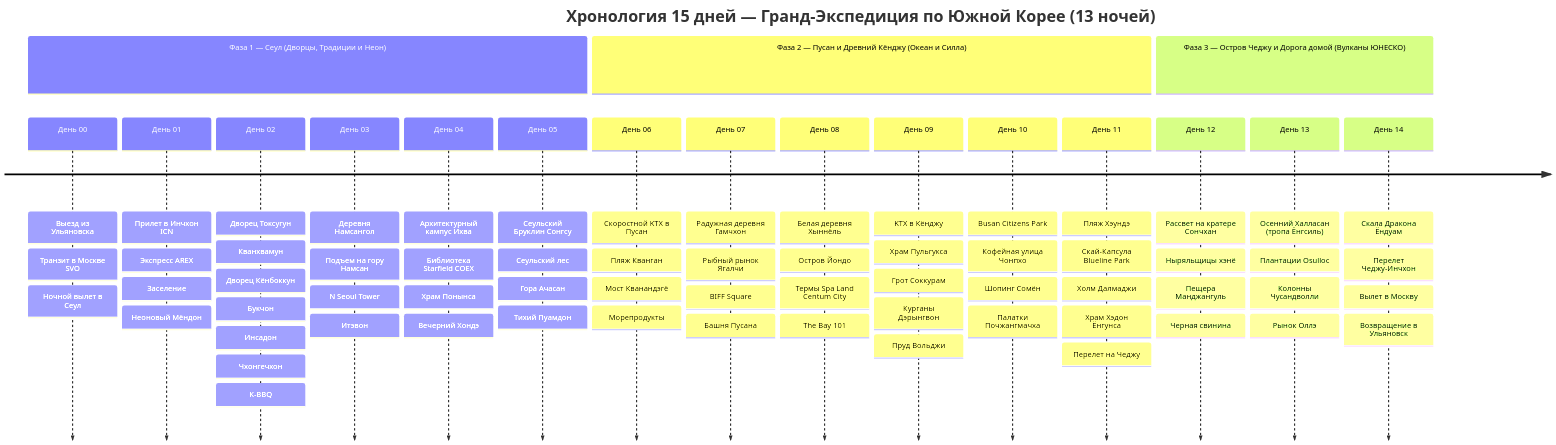
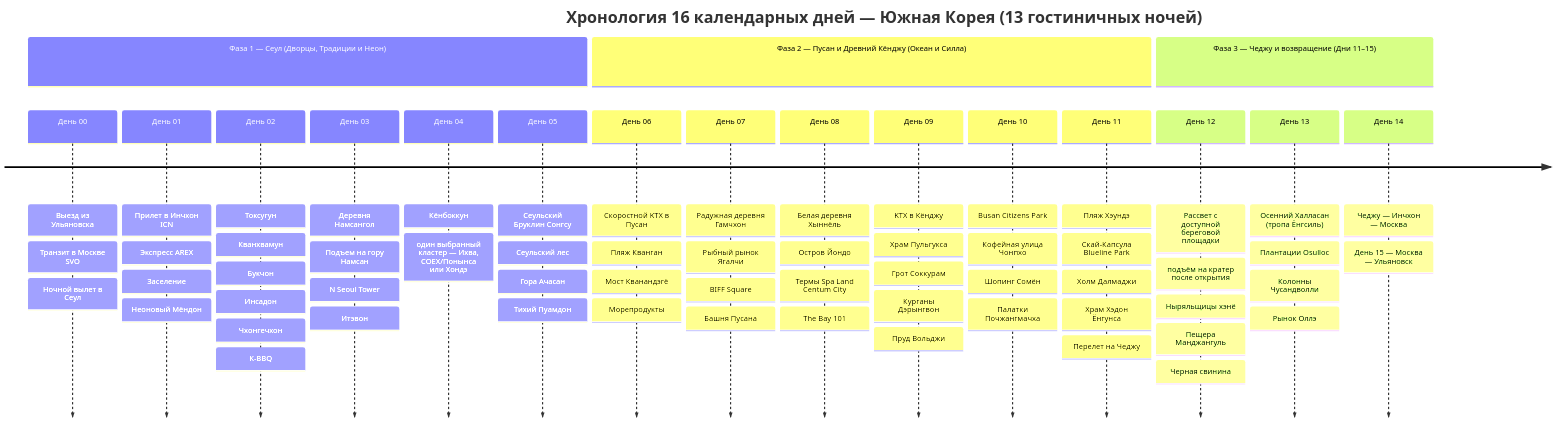
Before and after one commit to injurka/obsidian-mark: the diagram in Personal Note/Travel/-- South Korea/South Korea.md, drawn with Mermaid. The commit also changed other lines of this file and 27 other files, not shown here.

````diff
--- a/Personal Note/Travel/-- South Korea/South Korea.md
+++ b/Personal Note/Travel/-- South Korea/South Korea.md
@@ -37,22 +37,22 @@
 ```mermaid
 timeline
-    title Хронология 15 дней — Гранд-Экспедиция по Южной Корее (13 ночей)
+    title Хронология 16 календарных дней — Южная Корея (13 гостиничных ночей)
     section Фаза 1 — Сеул (Дворцы, Традиции и Неон)
         День 00 : Выезд из Ульяновска : Транзит в Москве SVO : Ночной вылет в Сеул
         День 01 : Прилет в Инчхон ICN : Экспресс AREX : Заселение : Неоновый Мёндон
-        День 02 : Дворец Токсугун : Кванхвамун : Дворец Кёнбоккун : Букчон : Инсадон : Чхонгечхон : K-BBQ
+        День 02 : Токсугун : Кванхвамун : Букчон : Инсадон : Чхонгечхон : K-BBQ
         День 03 : Деревня Намсангол : Подъем на гору Намсан : N Seoul Tower : Итэвон
-        День 04 : Архитектурный кампус Ихва : Библиотека Starfield COEX : Храм Понынса : Вечерний Хондэ
+        День 04 : Кёнбоккун : один выбранный кластер — Ихва, COEX/Понынса или Хондэ
         День 05 : Сеульский Бруклин Сонгсу : Сеульский лес : Гора Ачасан : Тихий Пуамдон
     section Фаза 2 — Пусан и Древний Кёнджу (Океан и Силла)
         День 06 : Скоростной KTX в Пусан : Пляж Кванган : Мост Кванандэгё : Морепродукты
         День 07 : Радужная деревня Гамчхон : Рыбный рынок Ягалчи : BIFF Square : Башня Пусана
         День 08 : Белая деревня Хыннёль : Остров Йондо : Термы Spa Land Centum City : The Bay 101
         День 09 : KTX в Кёнджу : Храм Пульгукса : Грот Соккурам : Курганы Дэрынгвон : Пруд Вольджи
         День 10 : Busan Citizens Park : Кофейная улица Чонпхо : Шопинг Сомён : Палатки Почжангмачха
         День 11 : Пляж Хэундэ : Скай-Капсула Blueline Park : Холм Далмаджи : Храм Хэдон Ёнгунса : Перелет на Чеджу
-    section Фаза 3 — Остров Чеджу и Дорога домой (Вулканы ЮНЕСКО)
-        День 12 : Рассвет на кратере Сончхан : Ныряльщицы хэнё : Пещера Манджангуль : Черная свинина
+    section Фаза 3 — Чеджу и возвращение (Дни 11–15)
+        День 12 : Рассвет с доступной береговой площадки : подъём на кратер после открытия : Ныряльщицы хэнё : Пещера Манджангуль : Черная свинина
         День 13 : Осенний Халласан (тропа Ёнгсиль) : Плантации Osulloc : Колонны Чусандволли : Рынок Оллэ
-        День 14 : Скала Дракона Ёндуам : Перелет Чеджу-Инчхон : Вылет в Москву : Возвращение в Ульяновск
+        День 14 : Чеджу — Инчхон — Москва : День 15 — Москва — Ульяновск
 ```
````
